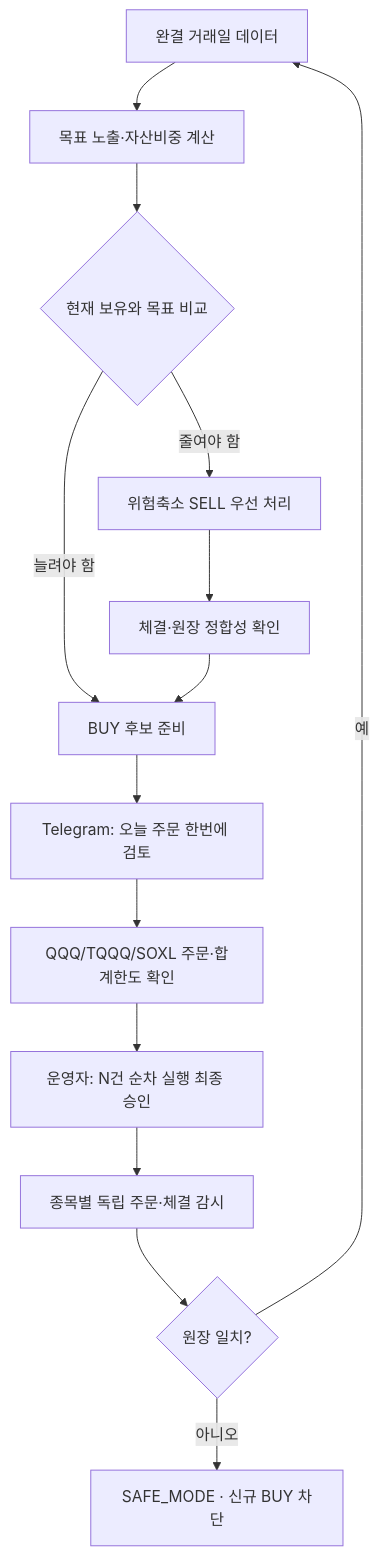
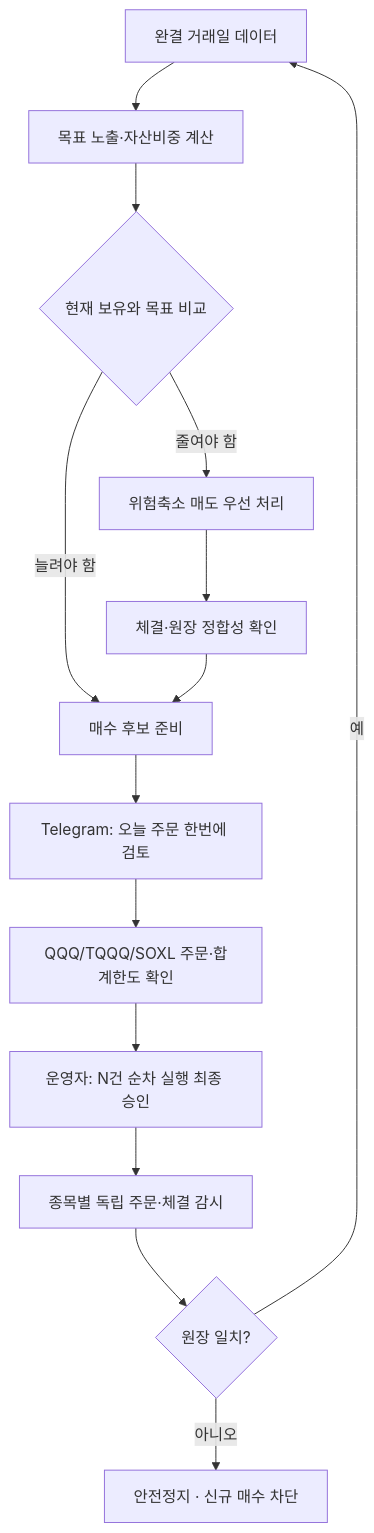
The diagram in docs/ONE_PAGE_REPORT.md (hwanff11/JH_HOLDINGS), drawn with Mermaid before and after one commit. The commit also changed other lines of this file and 20 other files, not shown here.

````diff
--- a/docs/ONE_PAGE_REPORT.md
+++ b/docs/ONE_PAGE_REPORT.md
@@ -61,16 +61,16 @@
 ```mermaid
 flowchart TD
     A["완결 거래일 데이터"] --> B["목표 노출·자산비중 계산"]
     B --> C{"현재 보유와 목표 비교"}
-    C -->|"줄여야 함"| D["위험축소 SELL 우선 처리"]
+    C -->|"줄여야 함"| D["위험축소 매도 우선 처리"]
     D --> E["체결·원장 정합성 확인"]
-    C -->|"늘려야 함"| F["BUY 후보 준비"]
+    C -->|"늘려야 함"| F["매수 후보 준비"]
     E --> F
     F --> G["Telegram: 오늘 주문 한번에 검토"]
     G --> H["QQQ/TQQQ/SOXL 주문·합계한도 확인"]
     H --> I["운영자: N건 순차 실행 최종 승인"]
     I --> J["종목별 독립 주문·체결 감시"]
     J --> K{"원장 일치?"}
     K -->|"예"| A
-    K -->|"아니오"| L["SAFE_MODE · 신규 BUY 차단"]
+    K -->|"아니오"| L["안전정지 · 신규 매수 차단"]
 ```
````
